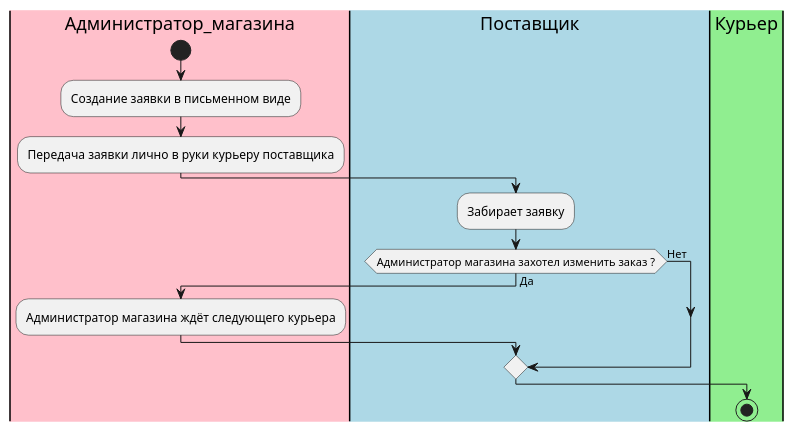
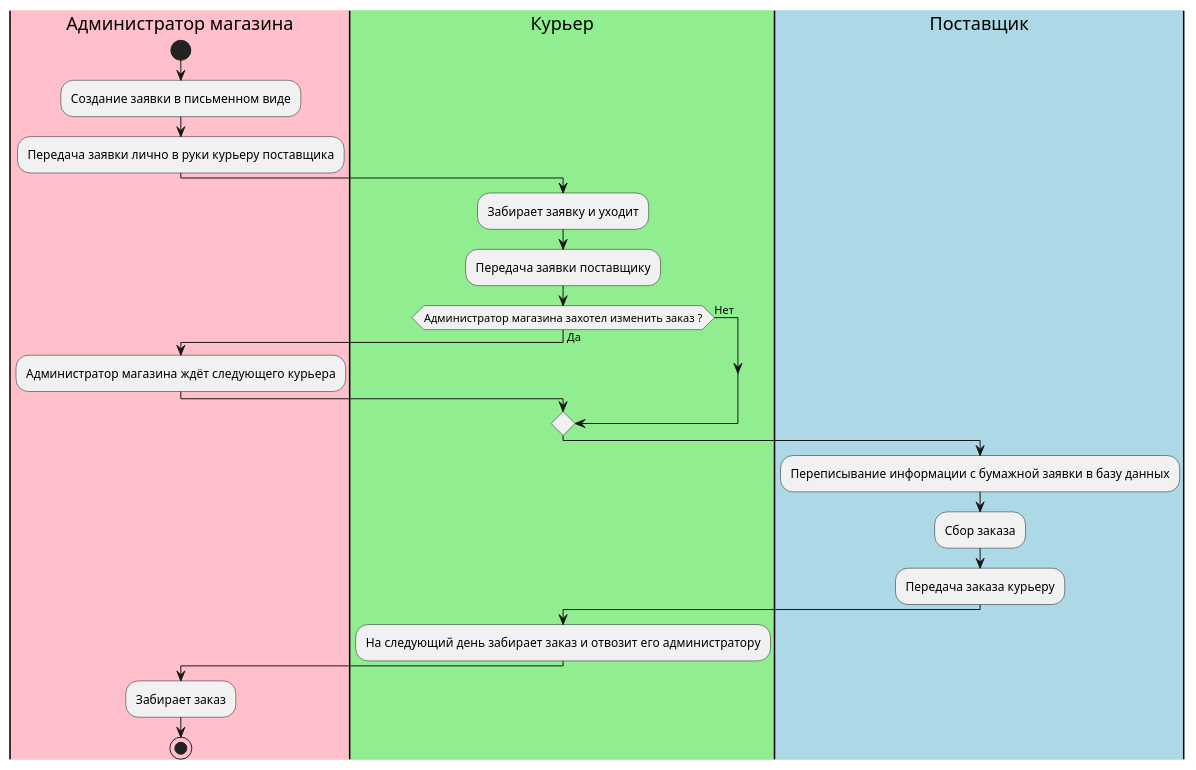
The diagram in uml-диаграммы/диаграмма_деятельности_старого_бизнес-процесса.puml (BombasticFantastik/PIS_Course_work), drawn with PlantUML before and after one commit. The commit also changed 1 other file, not shown here.

Commit message:
Закончил диаграмму деятельности старого бизнец-процесса

```diff
--- a/uml-диаграммы/диаграмма_деятельности_старого_бизнес-процесса.puml
+++ b/uml-диаграммы/диаграмма_деятельности_старого_бизнес-процесса.puml
@@ -1,26 +1,36 @@
 @startuml old_diam
 
-|#Pink|Адм|Администратор_магазина
+|#Pink|Адм|Администратор магазина
+|#LightGreen|Кур|Курьер
 |#LightBlue|Пост|Поставщик
-|#LightGreen|Кур|Курьер
+
 
 |Адм|
 start
 :Создание заявки в письменном виде;
 :Передача заявки лично в руки курьеру поставщика;
 
 
-|Пост|
-:Забирает заявку;
+|Кур|
+:Забирает заявку и уходит;  
+:Передача заявки поставщику;
 if (Администратор магазина захотел изменить заказ ?) is (Да) then
 |Адм|
 :Администратор магазина ждёт следующего курьера;
 
 else(Нет)
 endif
 
+|Пост|
 
+:Переписывание информации с бумажной заявки в базу данных;
+:Сбор заказа;
+:Передача заказа курьеру;
 
 |Кур|
+:На следующий день забирает заказ и отвозит его администратору;
+
+|Адм|
+:Забирает заказ;
 stop
 @enduml
```
